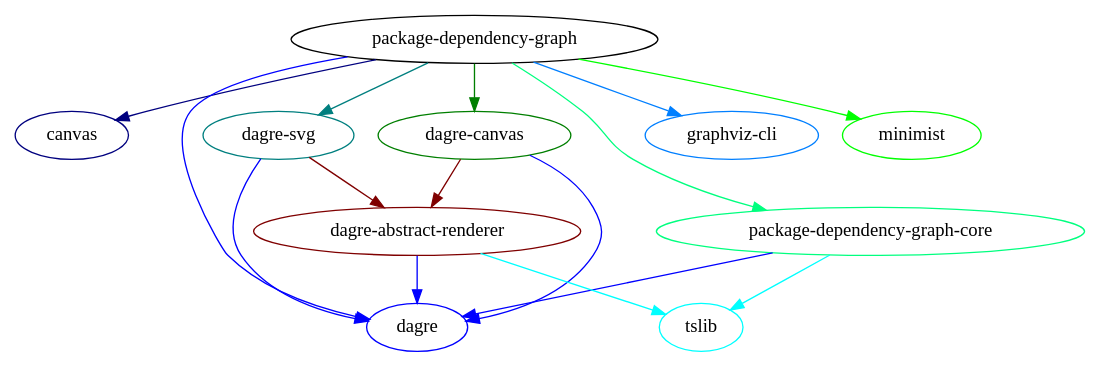
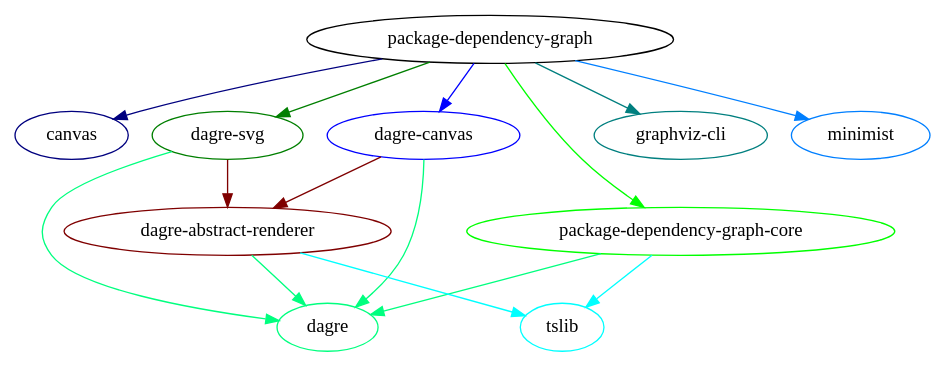
One commit to plantain-00/package-dependency-graph changed the diagram in spec/result.dot. Above: the diagram before and after it, drawn with Graphviz. The commit also changed 7 other files, not shown here.

```diff
--- a/spec/result.dot
+++ b/spec/result.dot
@@ -1,29 +1,28 @@
 // generated by package-dependency-graph
 digraph {
   package_dependency_graph -> canvas[color = "#00007f"]
-  package_dependency_graph -> dagre[color = "#0000ff"]
-  package_dependency_graph -> dagre_canvas[color = "#007f00"]
-  package_dependency_graph -> dagre_svg[color = "#007f7f"]
-  package_dependency_graph -> graphviz_cli[color = "#007fff"]
-  package_dependency_graph -> minimist[color = "#00ff00"]
-  package_dependency_graph -> package_dependency_graph_core[color = "#00ff7f"]
-  package_dependency_graph_core -> dagre[color = "#0000ff"]
+  package_dependency_graph -> dagre_canvas[color = "#0000ff"]
+  package_dependency_graph -> dagre_svg[color = "#007f00"]
+  package_dependency_graph -> graphviz_cli[color = "#007f7f"]
+  package_dependency_graph -> minimist[color = "#007fff"]
+  package_dependency_graph -> package_dependency_graph_core[color = "#00ff00"]
+  package_dependency_graph_core -> dagre[color = "#00ff7f"]
   package_dependency_graph_core -> tslib[color = "#00ffff"]
-  dagre_abstract_renderer -> dagre[color = "#0000ff"]
+  dagre_abstract_renderer -> dagre[color = "#00ff7f"]
   dagre_abstract_renderer -> tslib[color = "#00ffff"]
-  dagre_canvas -> dagre[color = "#0000ff"]
+  dagre_canvas -> dagre[color = "#00ff7f"]
   dagre_canvas -> dagre_abstract_renderer[color = "#7f0000"]
-  dagre_svg -> dagre[color = "#0000ff"]
+  dagre_svg -> dagre[color = "#00ff7f"]
   dagre_svg -> dagre_abstract_renderer[color = "#7f0000"]
 
   package_dependency_graph[label = "package-dependency-graph", color = "#000000"]
   canvas[label = "canvas", color = "#00007f"]
-  dagre[label = "dagre", color = "#0000ff"]
-  dagre_canvas[label = "dagre-canvas", color = "#007f00"]
-  dagre_svg[label = "dagre-svg", color = "#007f7f"]
-  graphviz_cli[label = "graphviz-cli", color = "#007fff"]
-  minimist[label = "minimist", color = "#00ff00"]
-  package_dependency_graph_core[label = "package-dependency-graph-core", color = "#00ff7f"]
+  dagre_canvas[label = "dagre-canvas", color = "#0000ff"]
+  dagre_svg[label = "dagre-svg", color = "#007f00"]
+  graphviz_cli[label = "graphviz-cli", color = "#007f7f"]
+  minimist[label = "minimist", color = "#007fff"]
+  package_dependency_graph_core[label = "package-dependency-graph-core", color = "#00ff00"]
+  dagre[label = "dagre", color = "#00ff7f"]
   tslib[label = "tslib", color = "#00ffff"]
   dagre_abstract_renderer[label = "dagre-abstract-renderer", color = "#7f0000"]
 }
```
